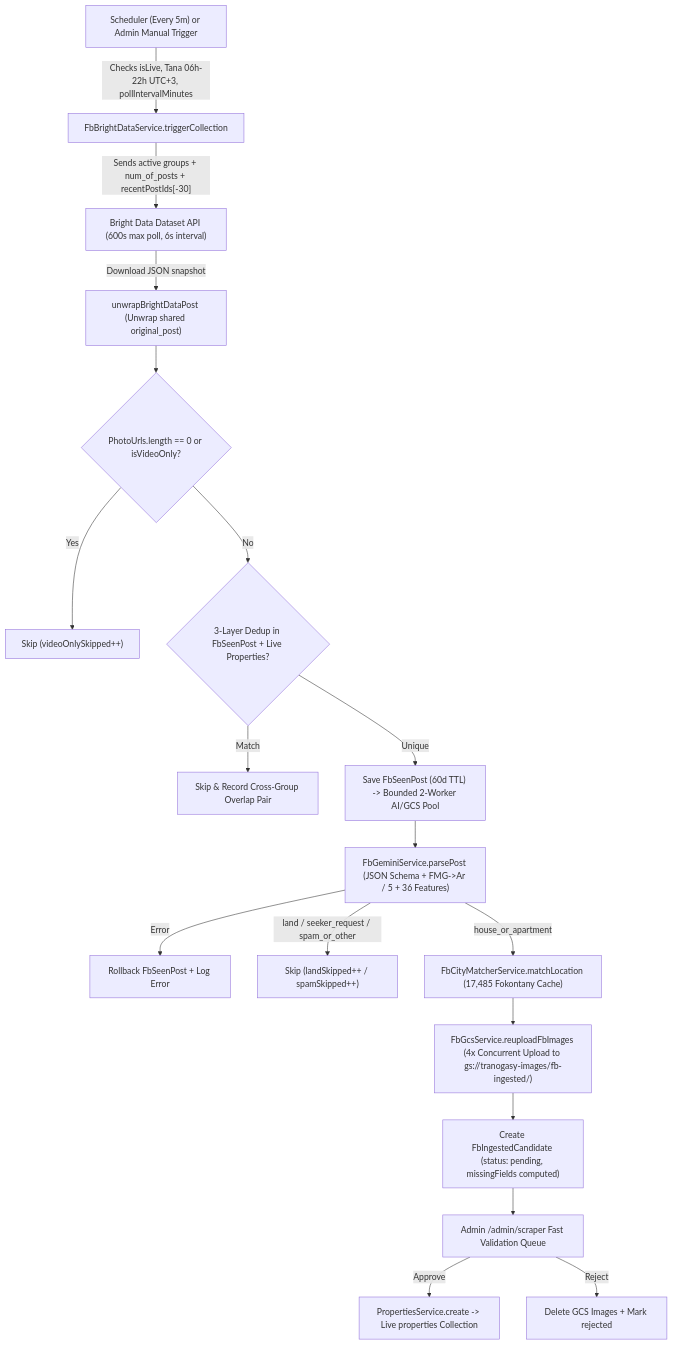
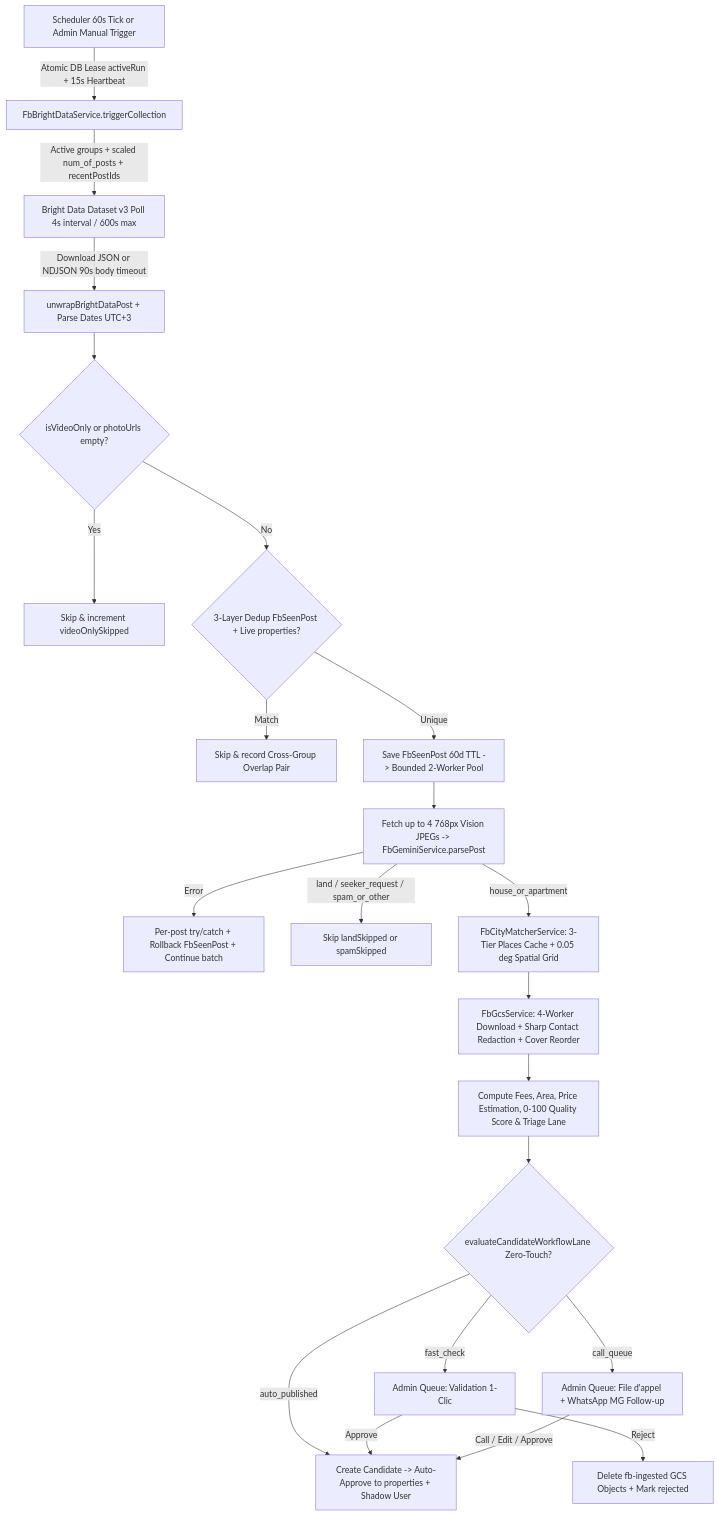
One commit to gilbert-sudo/tranogasy2.0 changed the diagram in docs/FB_INGESTION_PIPELINE.md. Above: the diagram before and after it, drawn with Mermaid. The commit also changed other lines of this file and 5 other files, not shown here.

First line of the commit message:
fix(scraper,docs): prevent cross-instance run interruption via distributed leases

````diff
--- a/docs/FB_INGESTION_PIPELINE.md
+++ b/docs/FB_INGESTION_PIPELINE.md
@@ -36,20 +39,24 @@
 ```mermaid
 flowchart TD
-    A["Scheduler (Every 5m) or Admin Manual Trigger"] -->|"Checks isLive, Tana 06h-22h UTC+3, pollIntervalMinutes"| B["FbBrightDataService.triggerCollection"]
-    B -->|"Sends active groups + num_of_posts + recentPostIds[-30]"| C["Bright Data Dataset API (600s max poll, 6s interval)"]
-    C -->|"Download JSON snapshot"| D["unwrapBrightDataPost (Unwrap shared original_post)"]
-    D --> E{"PhotoUrls.length == 0 or isVideoOnly?"}
-    E -- Yes --> X1["Skip (videoOnlySkipped++)"]
-    E -- No --> F{"3-Layer Dedup in FbSeenPost + Live Properties?"}
-    F -- Match --> X2["Skip & Record Cross-Group Overlap Pair"]
-    F -- Unique --> G["Save FbSeenPost (60d TTL) -> Bounded 2-Worker AI/GCS Pool"]
-    G --> H["FbGeminiService.parsePost (JSON Schema + FMG->Ar / 5 + 36 Features)"]
-    H -- Error --> R["Rollback FbSeenPost + Log Error"]
-    H -- "land / seeker_request / spam_or_other" --> X3["Skip (landSkipped++ / spamSkipped++)"]
-    H -- "house_or_apartment" --> I["FbCityMatcherService.matchLocation (17,485 Fokontany Cache)"]
-    I --> J["FbGcsService.reuploadFbImages (4x Concurrent Upload to gs://tranogasy-images/fb-ingested/)"]
-    J --> K["Create FbIngestedCandidate (status: pending, missingFields computed)"]
-    K --> L["Admin /admin/scraper Fast Validation Queue"]
-    L -- Approve --> M["PropertiesService.create -> Live properties Collection"]
-    L -- Reject --> N["Delete GCS Images + Mark rejected"]
+    A["Scheduler 60s Tick or Admin Manual Trigger"] -->|"Atomic DB Lease activeRun + 15s Heartbeat"| B["FbBrightDataService.triggerCollection"]
+    B -->|"Active groups + scaled num_of_posts + recentPostIds"| C["Bright Data Dataset v3 Poll 4s interval / 600s max"]
+    C -->|"Download JSON or NDJSON 90s body timeout"| D["unwrapBrightDataPost + Parse Dates UTC+3"]
+    D --> E{"isVideoOnly or photoUrls empty?"}
+    E -- Yes --> X1["Skip & increment videoOnlySkipped"]
+    E -- No --> F{"3-Layer Dedup FbSeenPost + Live properties?"}
+    F -- Match --> X2["Skip & record Cross-Group Overlap Pair"]
+    F -- Unique --> G["Save FbSeenPost 60d TTL -> Bounded 2-Worker Pool"]
+    G --> H["Fetch up to 4 768px Vision JPEGs -> FbGeminiService.parsePost"]
+    H -- Error --> R["Per-post try/catch + Rollback FbSeenPost + Continue batch"]
+    H -- "land / seeker_request / spam_or_other" --> X3["Skip landSkipped or spamSkipped"]
+    H -- "house_or_apartment" --> I["FbCityMatcherService: 3-Tier Places Cache + 0.05 deg Spatial Grid"]
+    I --> J["FbGcsService: 4-Worker Download + Sharp Contact Redaction + Cover Reorder"]
+    J --> K["Compute Fees, Area, Price Estimation, 0-100 Quality Score & Triage Lane"]
+    K --> L{"evaluateCandidateWorkflowLane Zero-Touch?"}
+    L -- "auto_published" --> M1["Create Candidate -> Auto-Approve to properties + Shadow User"]
+    L -- "fast_check" --> M2["Admin Queue: Validation 1-Clic"]
+    L -- "call_queue" --> M3["Admin Queue: File d'appel + WhatsApp MG Follow-up"]
+    M2 -- Approve --> M1
+    M2 -- Reject --> N["Delete fb-ingested GCS Objects + Mark rejected"]
+    M3 -- Call / Edit / Approve --> M1
 ```
````
